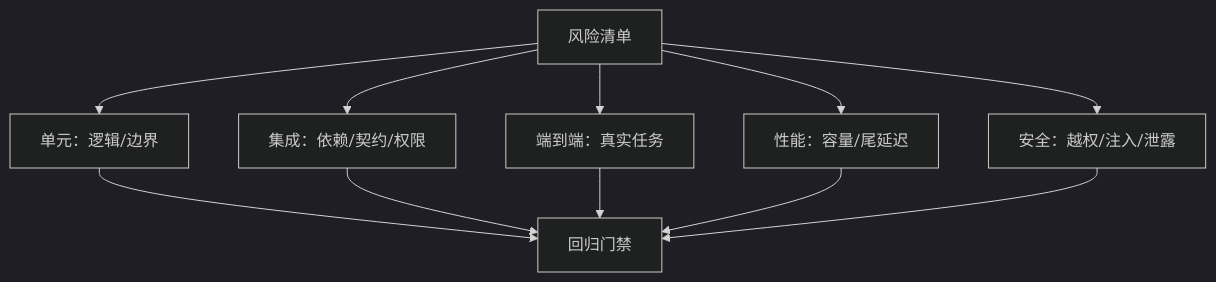
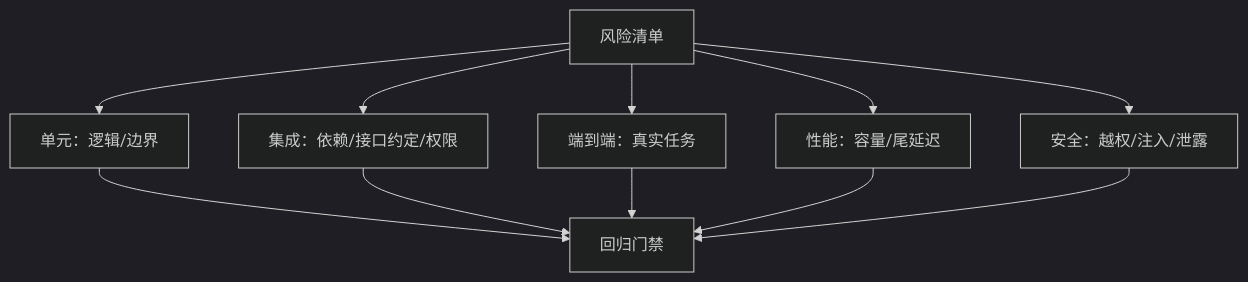
Before and after one commit to hub138/technical-knowledge: the diagram in vault/工程知识/软件构建：让变化可以理解、验证与交付/测试与交付/测试策略从风险选择证据.md, drawn with Mermaid (dark theme). The commit also changed other lines of this file and 500 other files, not shown here.

Commit message:
手机端全面优化：图谱清单聚焦深链与触控、副标题按形态分支、图例隐藏、力图双指缩放、拖拽死代码修复；子页面手机视口全量审查（表格横滑容器确认、KaTeX 渲染前后宽度核对）；知识库标题措辞批量改写与词条同步

````diff
--- a/vault/工程知识/软件构建：让变化可以理解、验证与交付/测试与交付/测试策略从风险选择证据.md
+++ b/vault/工程知识/软件构建：让变化可以理解、验证与交付/测试与交付/测试策略从风险选择证据.md
@@ -25,13 +26,13 @@
 ```mermaid
 flowchart TB
     R[风险清单] --> U[单元：逻辑/边界]
-    R --> I[集成：依赖/契约/权限]
+R --> I[集成：依赖/接口约定/权限]
     R --> E[端到端：真实任务]
     R --> P[性能：容量/尾延迟]
     R --> S[安全：越权/注入/泄露]
     U --> G[回归门禁]
     I --> G
     E --> G
     P --> G
     S --> G
 ```
````
